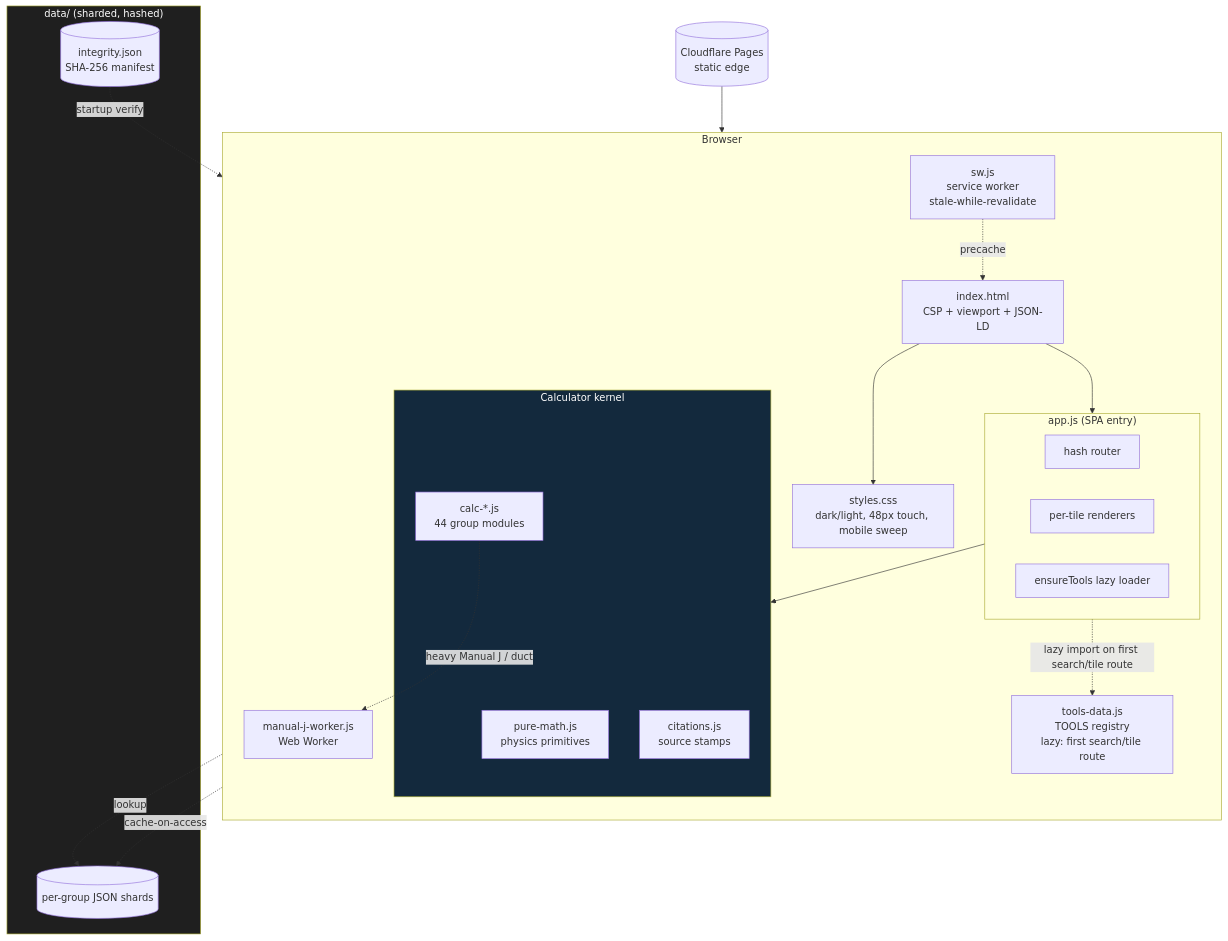
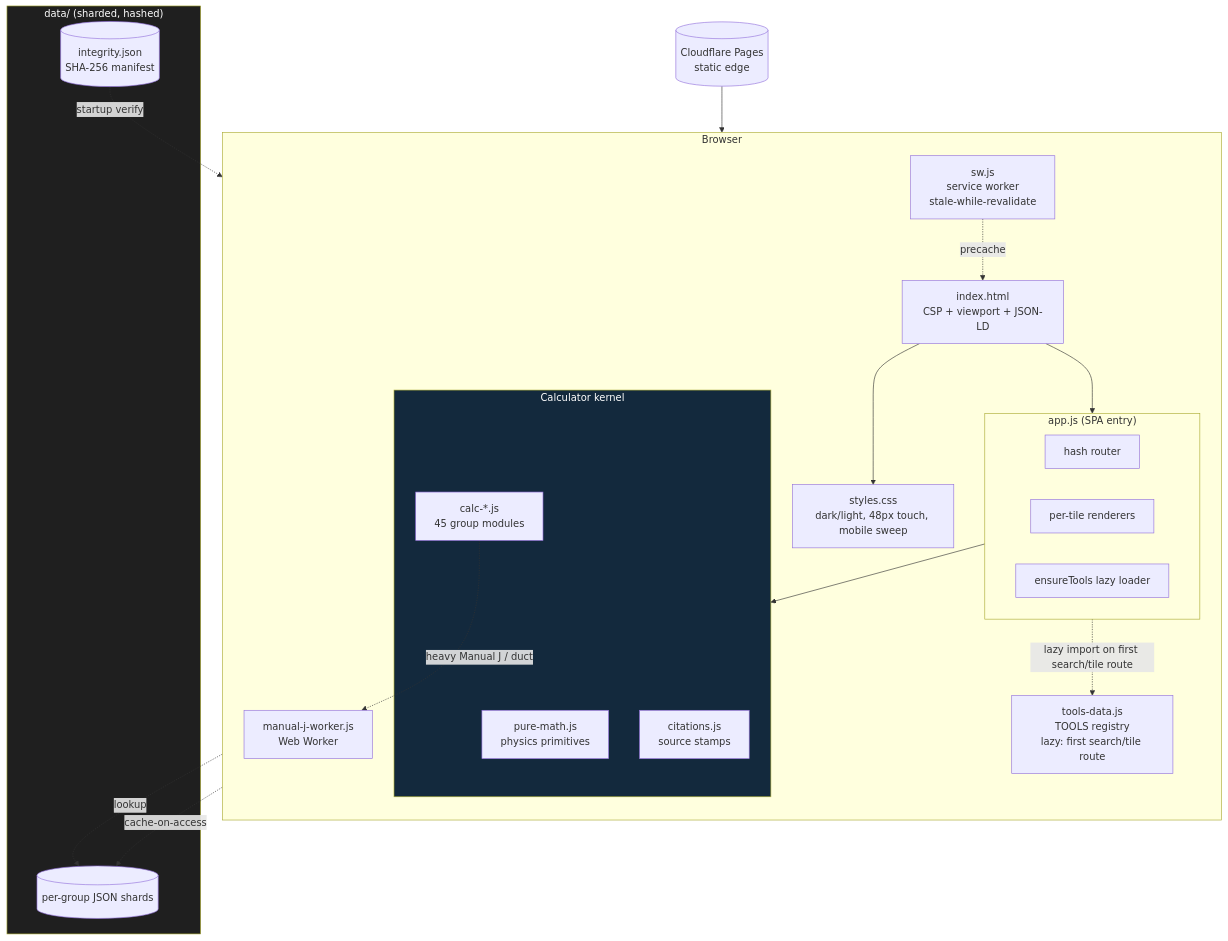
Before and after one commit to clay-good/roughlogic.com: the second of 8 diagrams in README.md, drawn with Mermaid. The commit also changed other lines of this file and 18 other files, not shown here.

````diff
--- a/README.md
+++ b/README.md
@@ -77,39 +77,39 @@
 ```mermaid
 flowchart TB
     subgraph Browser
         direction TB
         HTML[index.html\nCSP + viewport + JSON-LD]
         CSS[styles.css\ndark/light, 48px touch, mobile sweep]
         subgraph App["app.js (SPA entry)"]
             ROUTE[hash router]
             RENDER[per-tile renderers]
             ENSURE[ensureTools lazy loader]
         end
         TOOLS[tools-data.js\nTOOLS registry\nlazy: first search/tile route]
         subgraph Calc["Calculator kernel"]
             PM[pure-math.js\nphysics primitives]
-            CALC[calc-*.js\n44 group modules]
+            CALC[calc-*.js\n45 group modules]
             CIT[citations.js\nsource stamps]
         end
         SW[sw.js\nservice worker\nstale-while-revalidate]
         WORKER[manual-j-worker.js\nWeb Worker]
     end
     subgraph Data["data/ (sharded, hashed)"]
         SHARDS[(per-group JSON shards)]
         INTEG[(integrity.json\nSHA-256 manifest)]
     end
     CDN[(Cloudflare Pages\nstatic edge)]
 
     CDN --> HTML
     HTML --> CSS
     HTML --> App
     App -.lazy import on first search/tile route.-> TOOLS
     App --> Calc
     CALC -.->|heavy Manual J / duct| WORKER
     CALC -.->|lookup| SHARDS
     SW -.precache.-> HTML
     SW -.cache-on-access.-> SHARDS
     INTEG -.startup verify.-> App
     style Calc fill:#13293d,color:#fff
     style Data fill:#1f1f1f,color:#fff
 ```
````
